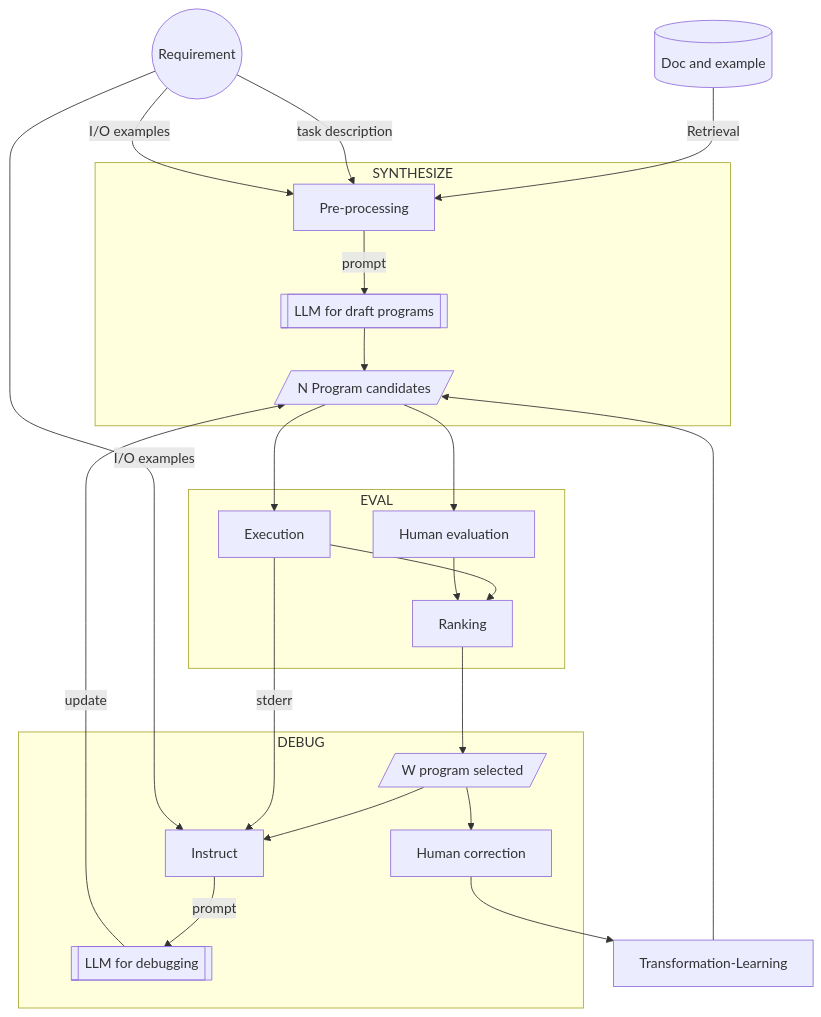
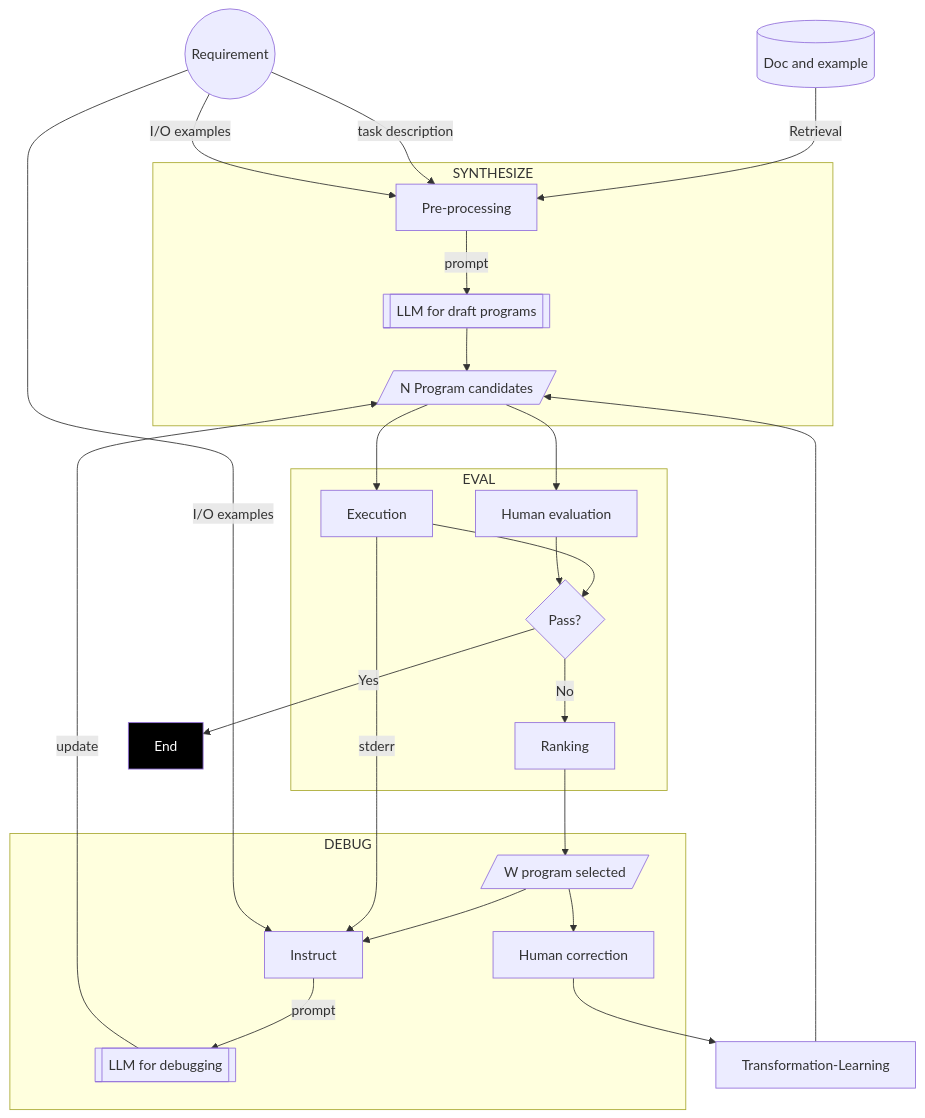
Before and after one commit to AI-LLM/ai-llm.github.io: the second of 2 diagrams in Code-Generation.md, drawn with Mermaid.

````diff
--- a/Code-Generation.md
+++ b/Code-Generation.md
@@ -59,27 +59,30 @@
 ```mermaid
 graph TD;
+classDef INV fill:black,color:white;
 doc[(Doc and example)] -- Retrieval --> Pre-processing
 S((Requirement)) -- task description --> Pre-processing
 S -- I/O examples --> Pre-processing
 subgraph SYNTHESIZE
 Pre-processing -- prompt --> LLMsynth[[LLM for draft programs]]
 LLMsynth --> PN[/N Program candidates/]
 end
 PN --> Evaluation[Human evaluation]
 PN --> Execution
 subgraph EVAL
-Execution --> Ranking
-Evaluation --> Ranking
+Execution --> Suc{Pass?} -- No -->Ranking
+Evaluation --> Suc
 end
+Suc -- Yes --> End
+class End INV;
 Ranking --> PS[/W program selected/]
 subgraph DEBUG
 PS --> Instruct
 Execution -- stderr --> Instruct
 Instruct -- prompt --> LLMdebug[[LLM for debugging]]
 PS --> Correction[Human correction]
 end
 S -- I/O examples --> Instruct
 LLMdebug -- update --> PN
 Correction --> Transformation-Learning
 Transformation-Learning --> PN
 ```
````
